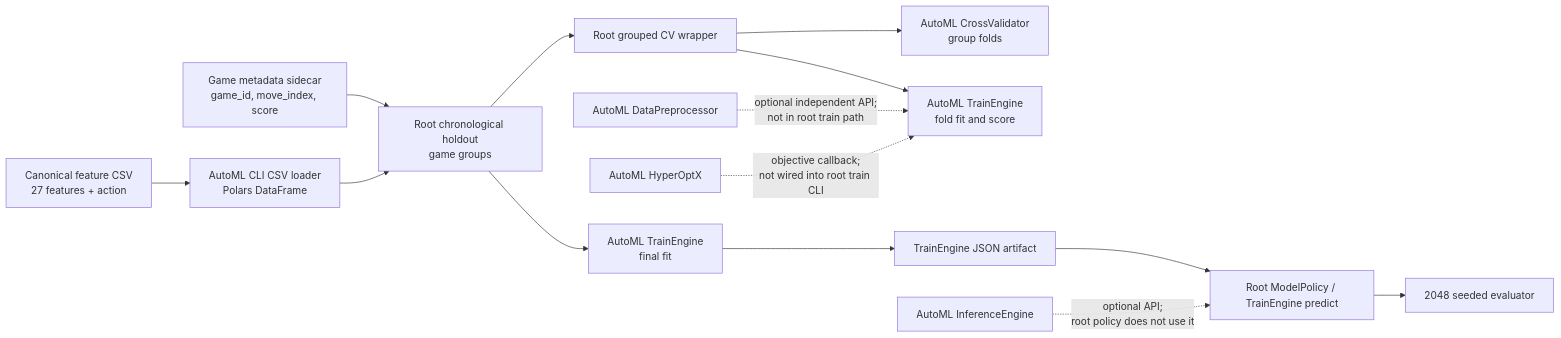
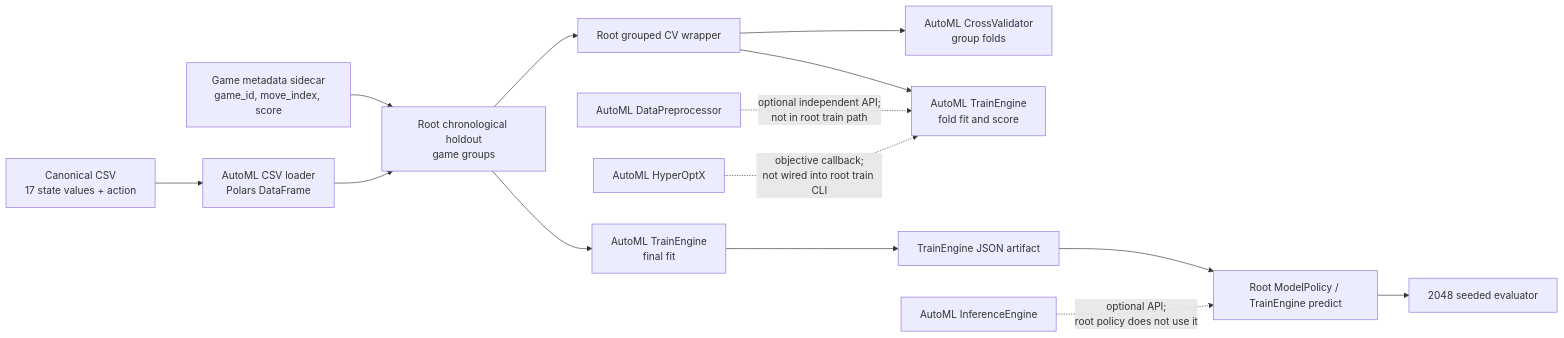
One commit to Evintkoo/2048-ml changed the diagram in plans/01-Infrastructure/01-Project/04-framework-architecture.md. Above: the diagram before and after it, drawn with Mermaid. The commit also changed other lines of this file and 198 other files, not shown here.

````diff
--- a/plans/01-Infrastructure/01-Project/04-framework-architecture.md
+++ b/plans/01-Infrastructure/01-Project/04-framework-architecture.md
@@ -21,16 +21,16 @@
 ```mermaid
 flowchart LR
-    CSV[Canonical feature CSV<br/>27 features + action] --> LOAD[AutoML CLI CSV loader<br/>Polars DataFrame]
+    CSV[Canonical CSV<br/>17 state values + action] --> LOAD[AutoML CSV loader<br/>Polars DataFrame]
     META[Game metadata sidecar<br/>game_id, move_index, score] --> SPLIT[Root chronological holdout<br/>game groups]
     LOAD --> SPLIT
     SPLIT --> CV[Root grouped CV wrapper]
     CV --> CVAPI[AutoML CrossValidator<br/>group folds]
     CV --> FIT[AutoML TrainEngine<br/>fold fit and score]
     SPLIT --> FITFINAL[AutoML TrainEngine<br/>final fit]
     FITFINAL --> MODEL[TrainEngine JSON artifact]
     MODEL --> PRED[Root ModelPolicy / TrainEngine predict]
     PRED --> GAME[2048 seeded evaluator]
     PRE[AutoML DataPreprocessor] -. optional independent API;<br/>not in root train path .-> FIT
     OPT[AutoML HyperOptX] -. objective callback;<br/>not wired into root train CLI .-> FIT
     INF[AutoML InferenceEngine] -. optional API;<br/>root policy does not use it .-> PRED
 ```
````
